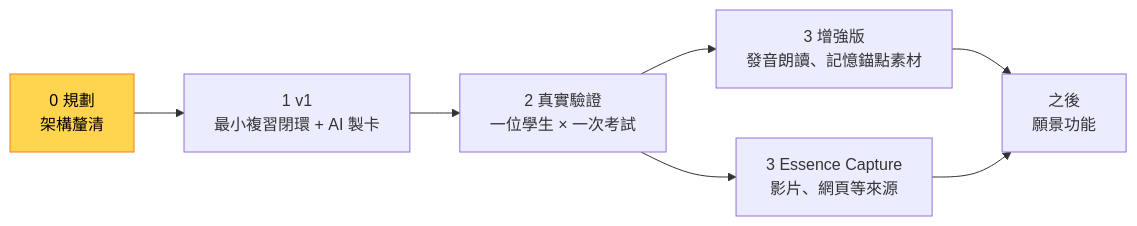
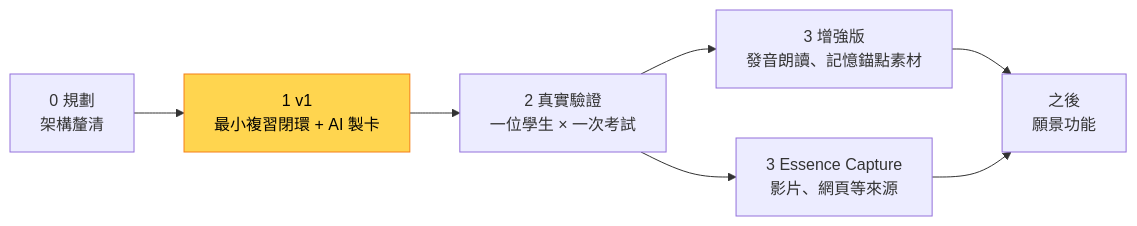
The diagram in docs/roadmap.md (kuohappiness/Essence-Cards), drawn with Mermaid before and after one commit. The commit also changed other lines of this file and 5 other files, not shown here.

````diff
--- a/docs/roadmap.md
+++ b/docs/roadmap.md
@@ -30,10 +30,10 @@
 ```mermaid
 flowchart LR
-  A["0 規劃<br/>架構釐清"]:::now --> B["1 v1<br/>最小複習閉環 + AI 製卡"]
+  A["0 規劃<br/>架構釐清"] --> B["1 v1<br/>最小複習閉環 + AI 製卡"]:::now
   B --> C["2 真實驗證<br/>一位學生 × 一次考試"]
   C --> D["3 增強版<br/>發音朗讀、記憶錨點素材"]
   C --> E["3 Essence Capture<br/>影片、網頁等來源"]
   D --> F["之後<br/>願景功能"]
   E --> F
   classDef now fill:#ffd54f,stroke:#f57f17,color:#000
 ```
````
